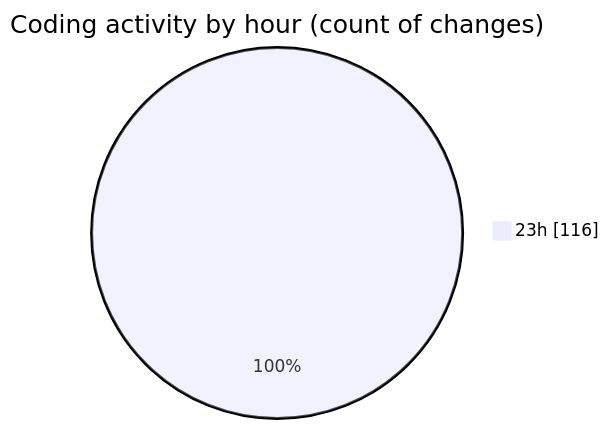
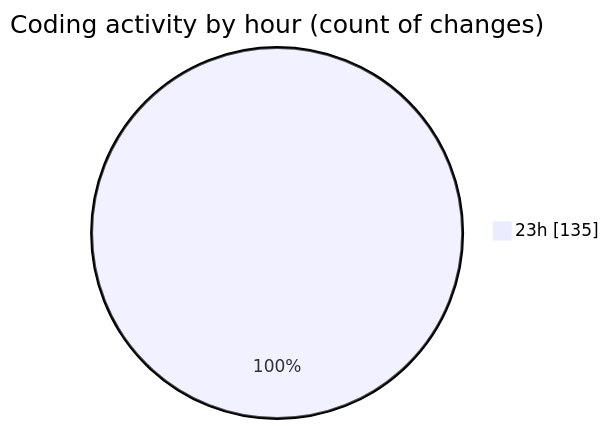
Before and after one commit to Ritupan-Deka/code-tracking: the second of 2 diagrams in 2025-05-25/projects/README.md, drawn with Mermaid. The commit also changed other lines of this file and 1 other file, not shown here.

````diff
--- a/2025-05-25/projects/README.md
+++ b/2025-05-25/projects/README.md
@@ -63,5 +63,5 @@
 ```mermaid
 pie showData
 title Coding activity by hour (count of changes)
-"23h" : 116
+"23h" : 135
 ```
````
